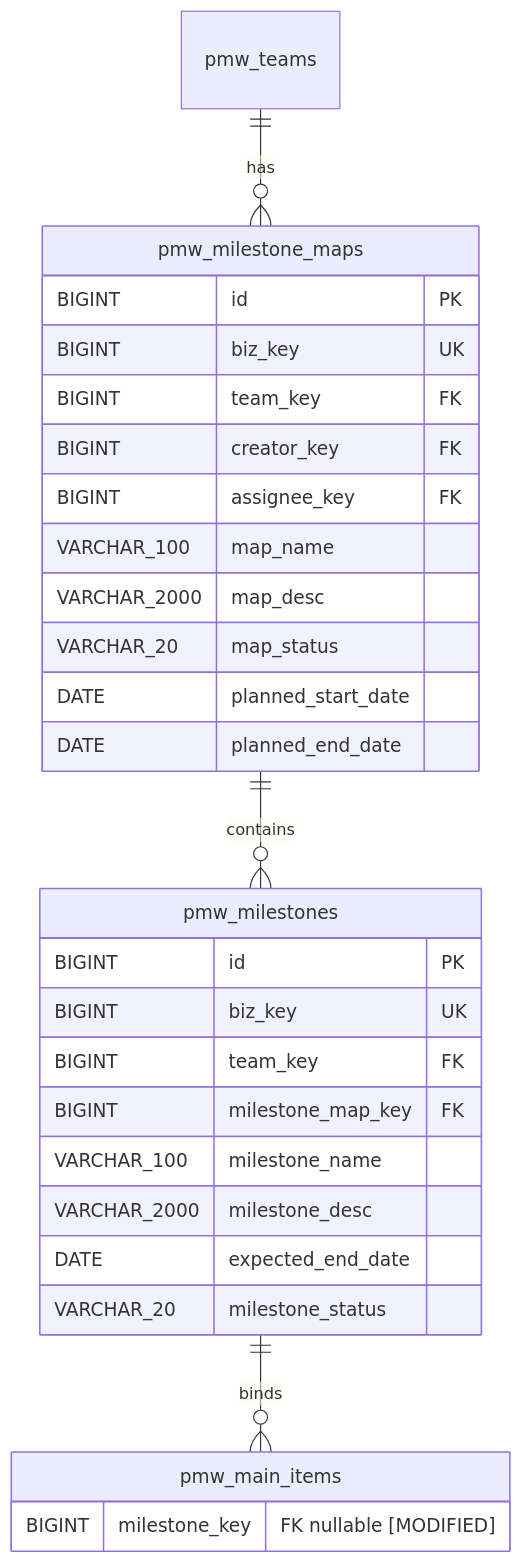
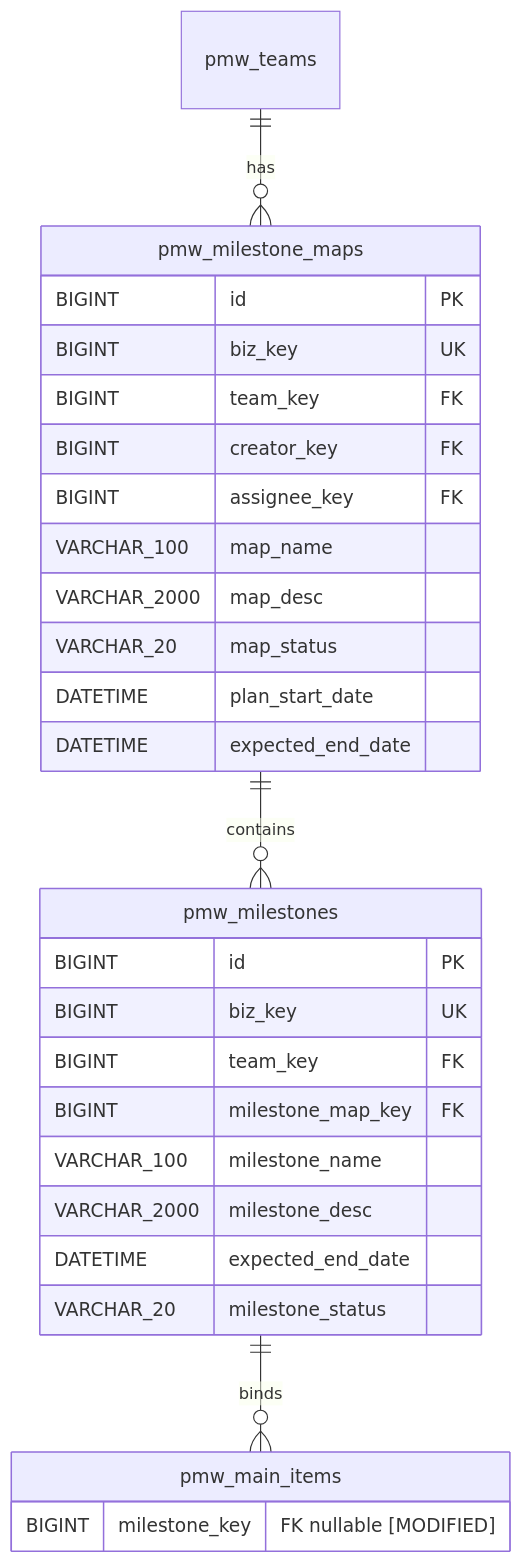
Before and after one commit to bigfaner/pm-work-tracker: the diagram in docs/features/milestone-map/design/er-diagram.md, drawn with Mermaid. The commit also changed other lines of this file and 9 other files, not shown here.

First line of the commit message:
docs(milestone-map): align schema with project conventions and extract as conventions/lessons

````diff
--- a/docs/features/milestone-map/design/er-diagram.md
+++ b/docs/features/milestone-map/design/er-diagram.md
@@ -10,34 +10,34 @@
 ```mermaid
 erDiagram
     pmw_teams ||--o{ pmw_milestone_maps : "has"
     pmw_milestone_maps ||--o{ pmw_milestones : "contains"
     pmw_milestones ||--o{ pmw_main_items : "binds"
 
     pmw_milestone_maps {
         BIGINT id PK
         BIGINT biz_key UK
         BIGINT team_key FK
         BIGINT creator_key FK
         BIGINT assignee_key FK
         VARCHAR_100 map_name
         VARCHAR_2000 map_desc
         VARCHAR_20 map_status
-        DATE planned_start_date
-        DATE planned_end_date
+        DATETIME plan_start_date
+        DATETIME expected_end_date
     }
 
     pmw_milestones {
         BIGINT id PK
         BIGINT biz_key UK
         BIGINT team_key FK
         BIGINT milestone_map_key FK
         VARCHAR_100 milestone_name
         VARCHAR_2000 milestone_desc
-        DATE expected_end_date
+        DATETIME expected_end_date
         VARCHAR_20 milestone_status
     }
 
     pmw_main_items {
         BIGINT milestone_key "FK nullable [MODIFIED]"
     }
 ```
````
